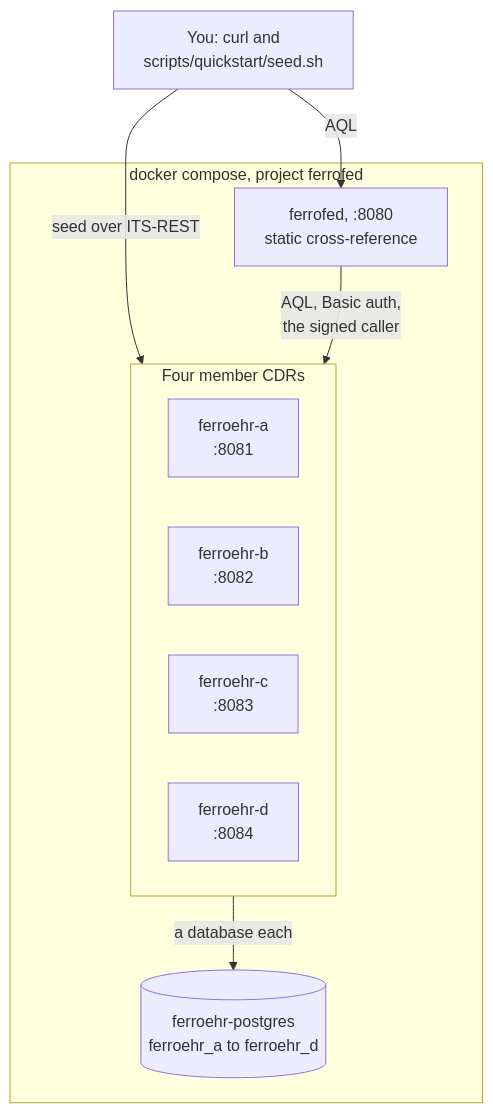
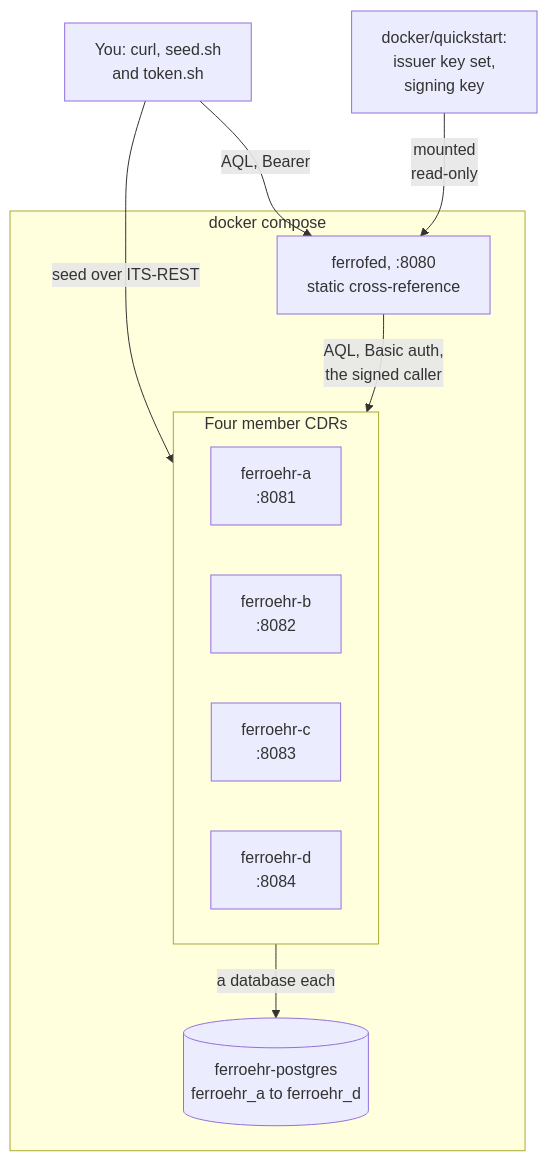
The first of 3 diagrams in website/book/src/how-it-works/deployment.md (FerroHEALTH/FerroFED), drawn with Mermaid before and after one commit. The commit also changed other lines of this file and 11 other files, not shown here.

````diff
--- a/website/book/src/how-it-works/deployment.md
+++ b/website/book/src/how-it-works/deployment.md
@@ -21,18 +24,20 @@
 ```mermaid
 flowchart TB
-    you["You: curl and<br/>scripts/quickstart/seed.sh"]
-    subgraph compose["docker compose, project ferrofed"]
+    you["You: curl, seed.sh<br/>and token.sh"]
+    keys["docker/quickstart:<br/>issuer key set,<br/>signing key"]
+    subgraph compose["docker compose"]
         gw["ferrofed, :8080<br/>static cross-reference"]
         subgraph nodes["Four member CDRs"]
             a["ferroehr-a<br/>:8081"]
             b["ferroehr-b<br/>:8082"]
             c["ferroehr-c<br/>:8083"]
             d["ferroehr-d<br/>:8084"]
         end
         pg[("ferroehr-postgres<br/>ferroehr_a to ferroehr_d")]
     end
-    you -->|"AQL"| gw
+    you -->|"AQL, Bearer"| gw
+    keys -->|"mounted<br/>read-only"| gw
     you -->|"seed over ITS-REST"| nodes
     gw -->|"AQL, Basic auth,<br/>the signed caller"| nodes
     nodes -->|"a database each"| pg
 ```
````
